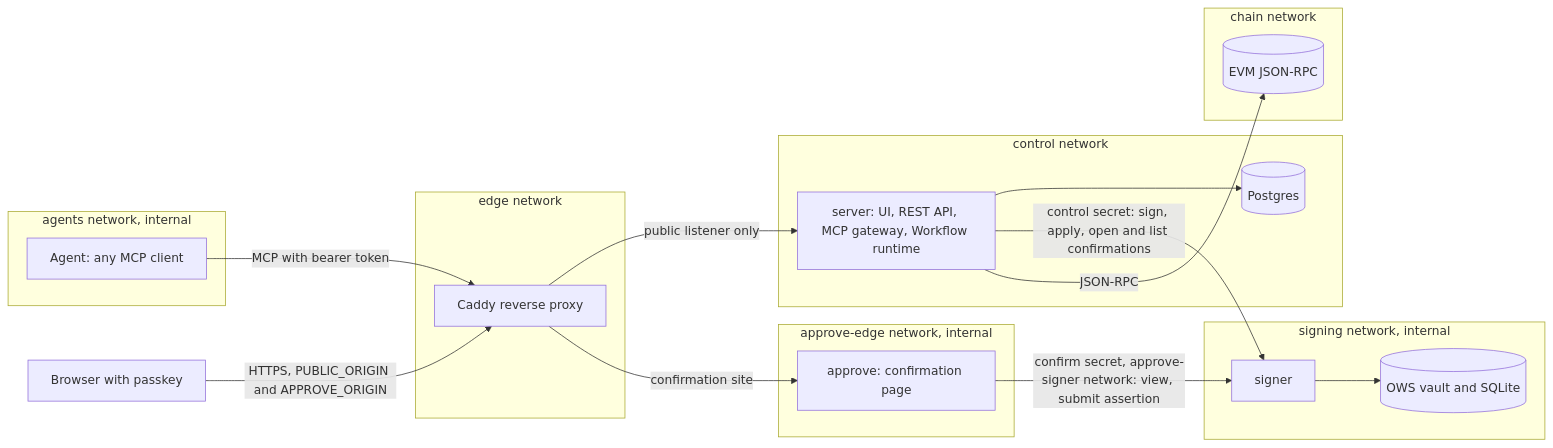
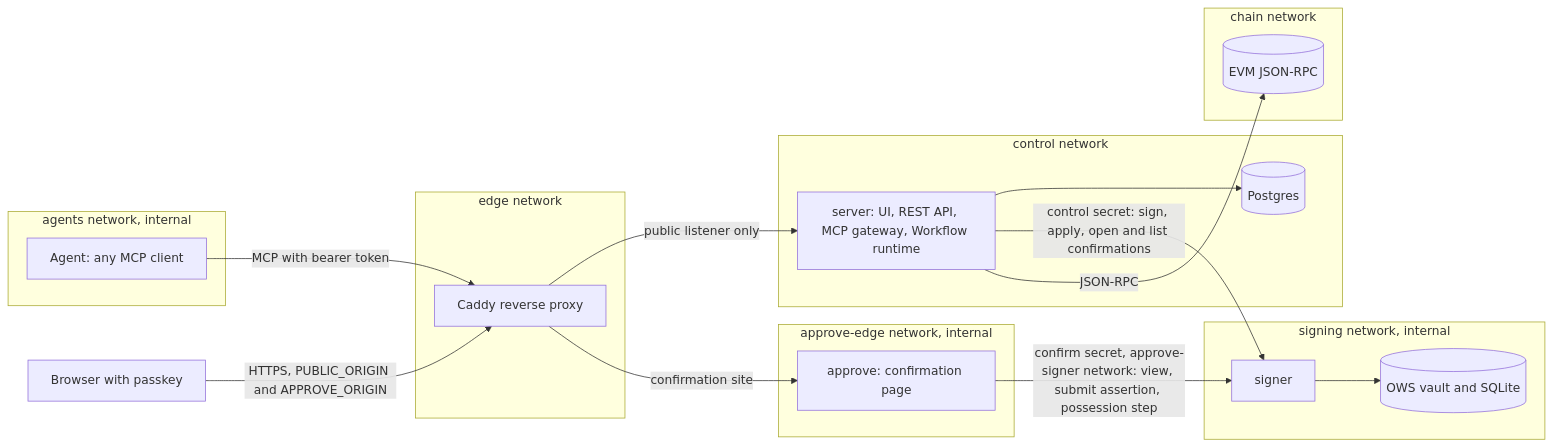
Before and after one commit to askgina/os: the first of 2 diagrams in docs/architecture.md, drawn with Mermaid. The commit also changed other lines of this file and 22 other files, not shown here.

````diff
--- a/docs/architecture.md
+++ b/docs/architecture.md
@@ -45,32 +45,32 @@
 ```mermaid
 flowchart LR
   subgraph agentsNet [agents network, internal]
     A[Agent: any MCP client]
   end
   subgraph edgeNet [edge network]
     C[Caddy reverse proxy]
   end
   subgraph controlNet [control network]
     S[server: UI, REST API, MCP gateway, Workflow runtime]
     P[(Postgres)]
   end
   subgraph signingNet [signing network, internal]
     G[signer]
     V[(OWS vault and SQLite)]
   end
   subgraph approveEdgeNet [approve-edge network, internal]
     AP[approve: confirmation page]
   end
   subgraph chainNet [chain network]
     R[(EVM JSON-RPC)]
   end
   B[Browser with passkey] -->|HTTPS, PUBLIC_ORIGIN and APPROVE_ORIGIN| C
   A -->|MCP with bearer token| C
   C -->|public listener only| S
   C -->|confirmation site| AP
   S --> P
   S -->|control secret: sign, apply, open and list confirmations| G
-  AP -->|confirm secret, approve-signer network: view, submit assertion| G
+  AP -->|confirm secret, approve-signer network: view, submit assertion, possession step| G
   G --> V
   S -->|JSON-RPC| R
 ```
````
